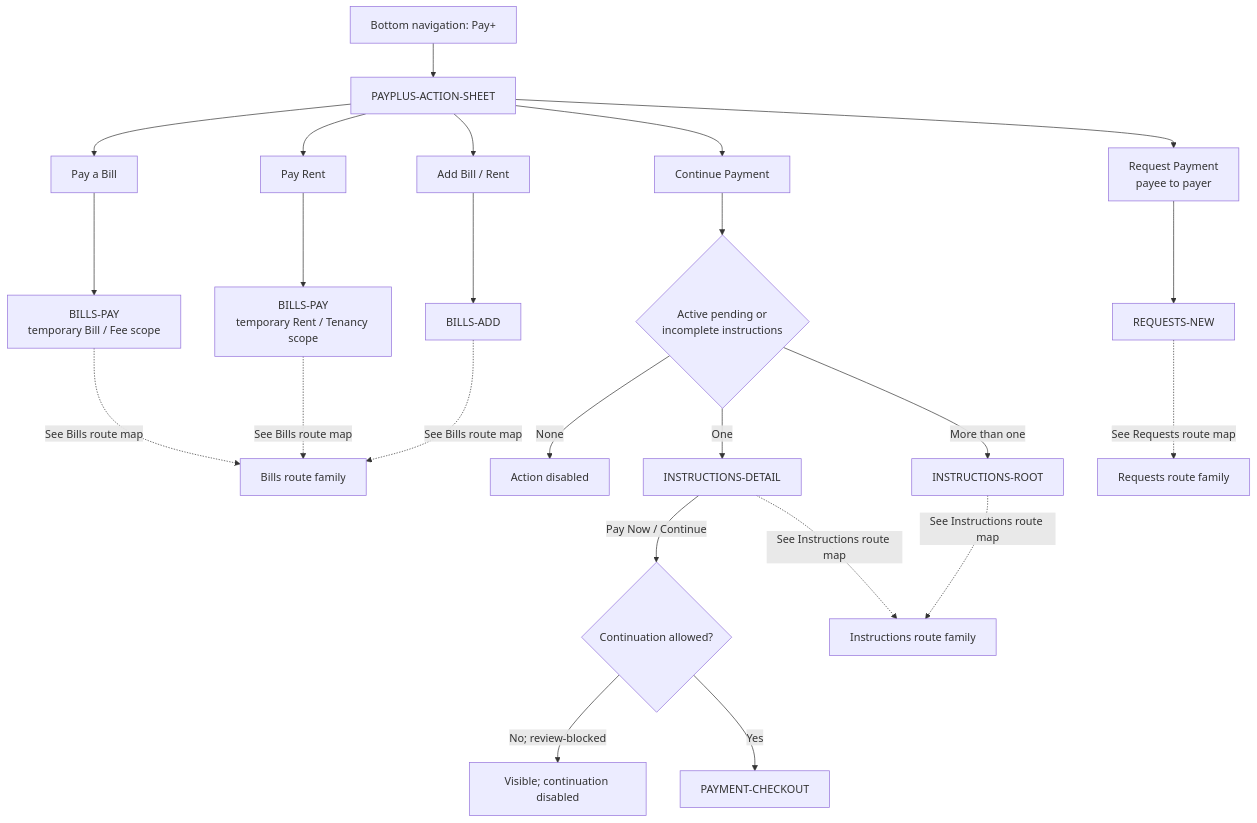
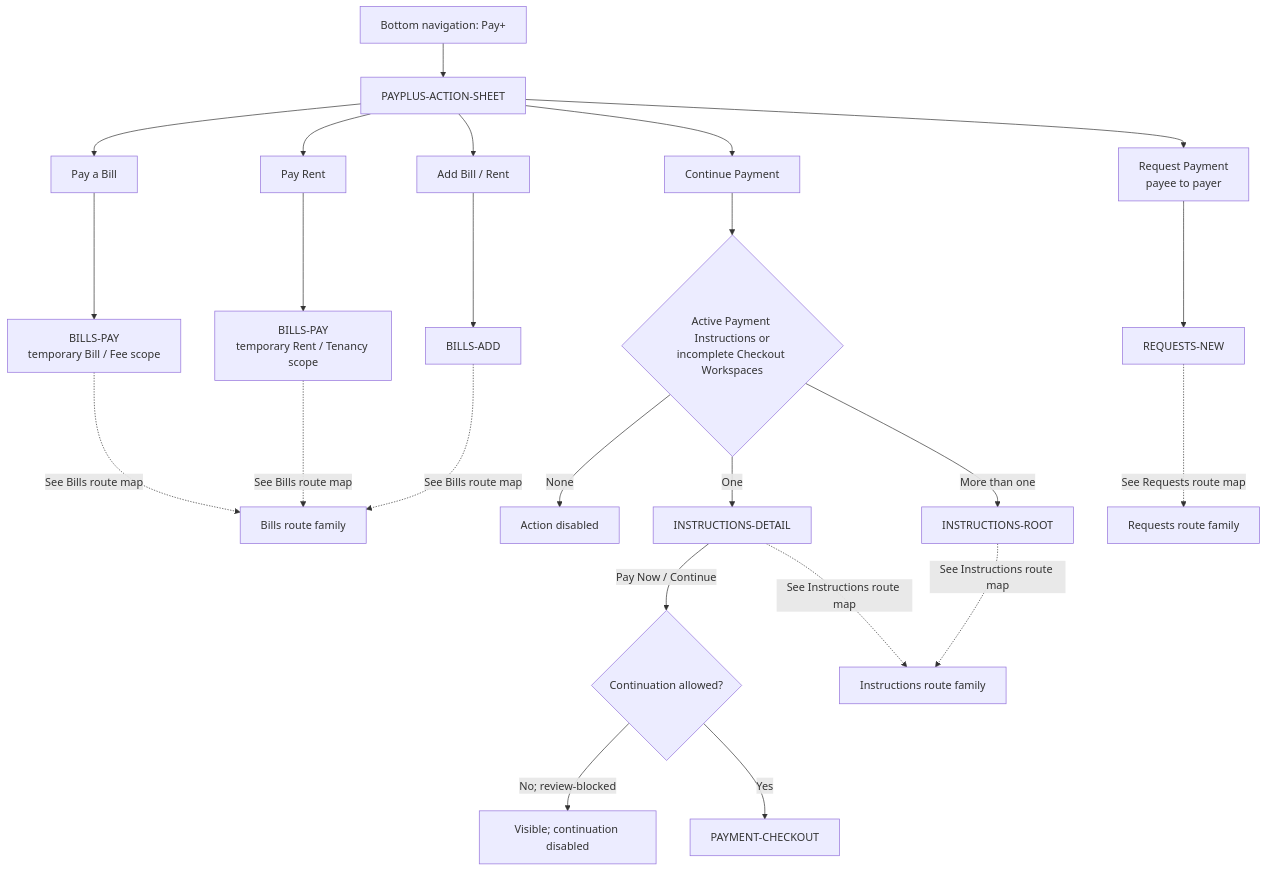
Before and after one commit to adminpayplus/payplus-docs: the diagram in docs/diagrams/routes/payplus-action-sheet-route-map.md, drawn with Mermaid. The commit also changed other lines of this file and 30 other files, not shown here.

Commit message:
docs: establish DOC-09 payment domain architecture

````diff
--- a/docs/diagrams/routes/payplus-action-sheet-route-map.md
+++ b/docs/diagrams/routes/payplus-action-sheet-route-map.md
@@ -9,31 +9,31 @@
 ```mermaid
 flowchart TD
   PLUS["Bottom navigation: Pay+"] --> SHEET["PAYPLUS-ACTION-SHEET"]
 
   SHEET --> BILL["Pay a Bill"]
   SHEET --> RENT["Pay Rent"]
   SHEET --> ADD["Add Bill / Rent"]
   SHEET --> CONTINUE["Continue Payment"]
   SHEET --> REQUEST["Request Payment<br/>payee to payer"]
 
   BILL --> BILLPAY["BILLS-PAY<br/>temporary Bill / Fee scope"]
   RENT --> RENTPAY["BILLS-PAY<br/>temporary Rent / Tenancy scope"]
   ADD --> BILLSADD["BILLS-ADD"]
   REQUEST --> REQUESTNEW["REQUESTS-NEW"]
 
-  CONTINUE --> COUNT{"Active pending or<br/>incomplete instructions"}
+  CONTINUE --> COUNT{"Active Payment Instructions or<br/>incomplete Checkout Workspaces"}
   COUNT -->|"None"| DISABLED["Action disabled"]
   COUNT -->|"One"| DETAIL["INSTRUCTIONS-DETAIL"]
   COUNT -->|"More than one"| ROOT["INSTRUCTIONS-ROOT"]
 
   DETAIL -->|"Pay Now / Continue"| ALLOWED{"Continuation allowed?"}
   ALLOWED -->|"No; review-blocked"| VISIBLE["Visible; continuation disabled"]
   ALLOWED -->|"Yes"| CHECKOUT["PAYMENT-CHECKOUT"]
 
   BILLPAY -. "See Bills route map" .-> BILLSFAMILY["Bills route family"]
   RENTPAY -. "See Bills route map" .-> BILLSFAMILY
   BILLSADD -. "See Bills route map" .-> BILLSFAMILY
   REQUESTNEW -. "See Requests route map" .-> REQUESTFAMILY["Requests route family"]
   ROOT -. "See Instructions route map" .-> INSTRUCTIONFAMILY["Instructions route family"]
   DETAIL -. "See Instructions route map" .-> INSTRUCTIONFAMILY
 ```
````
